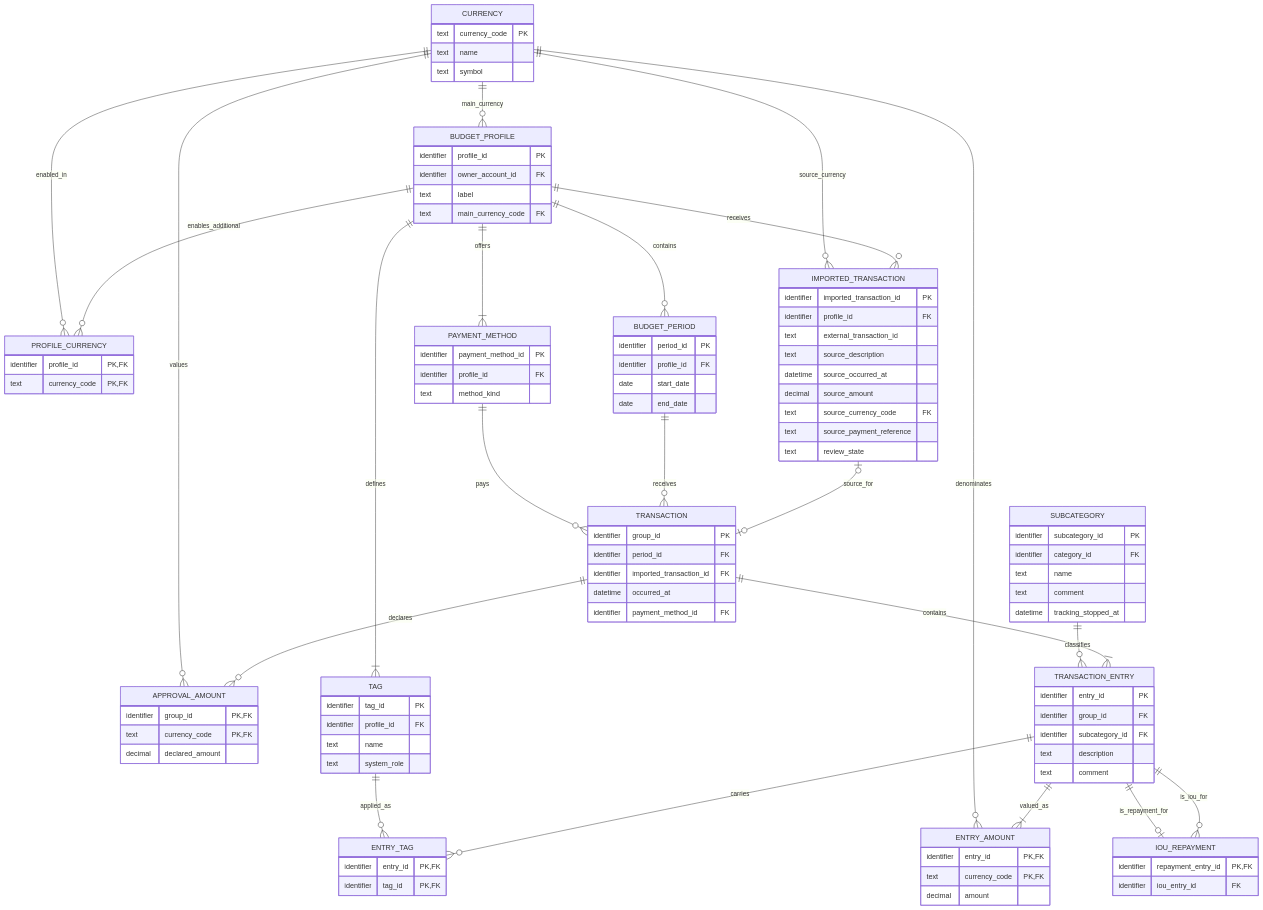
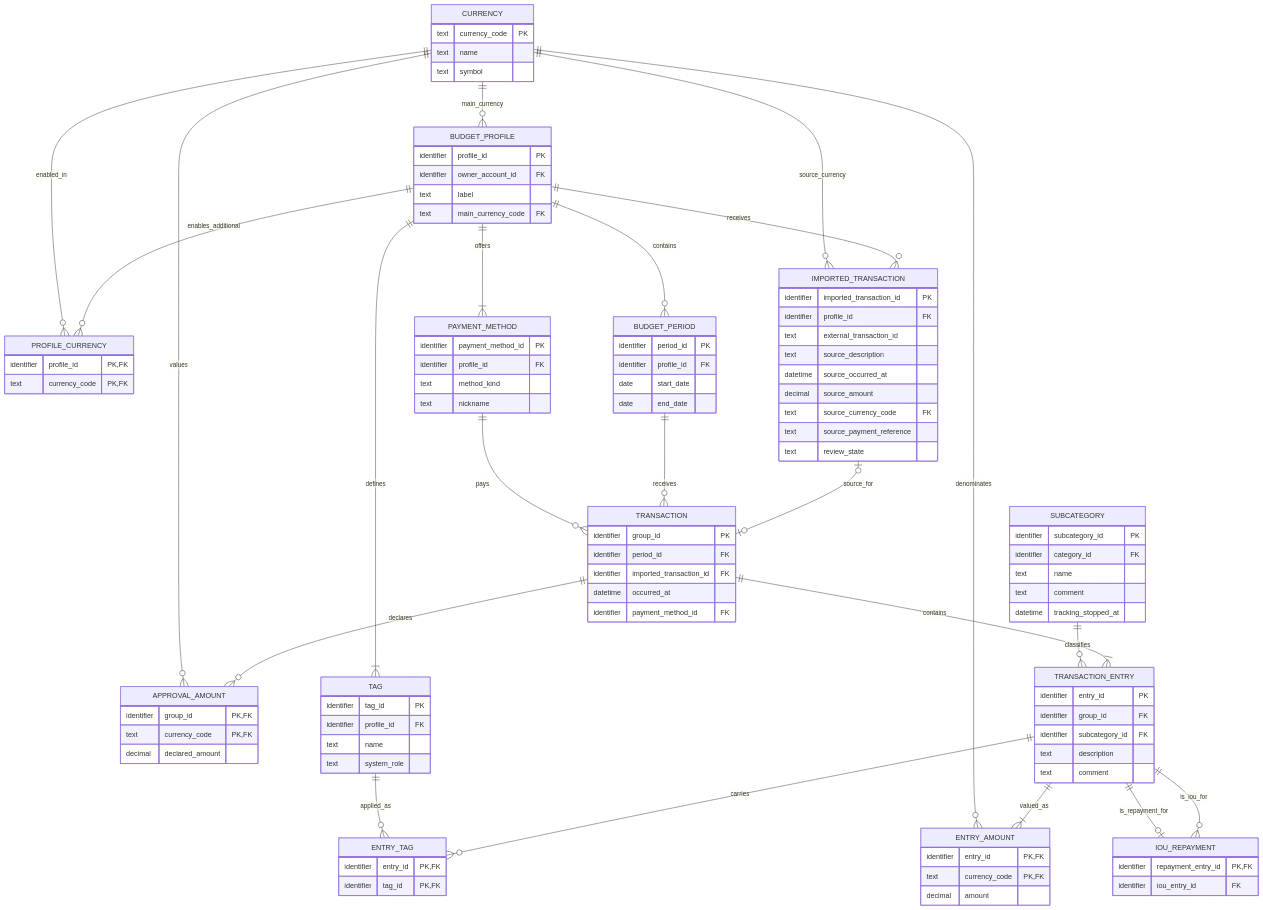
Before and after one commit to juliantiu/personal-finance: the fifth of 6 diagrams in docs/v1.0/migrations/schema-design.md, drawn with Mermaid. The commit also changed other lines of this file and 47 other files, not shown here.

```diff
--- a/docs/v1.0/migrations/schema-design.md
+++ b/docs/v1.0/migrations/schema-design.md
@@ -1191,6 +1204,7 @@
         identifier payment_method_id PK
         identifier profile_id FK
         text method_kind
+        text nickname
     }
     SUBCATEGORY {
         identifier subcategory_id PK
```
